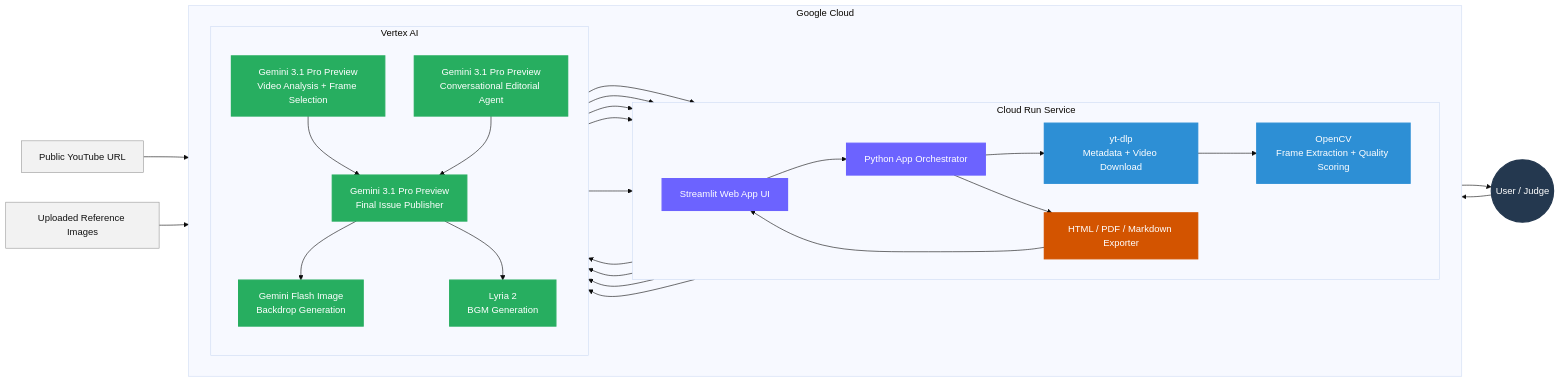
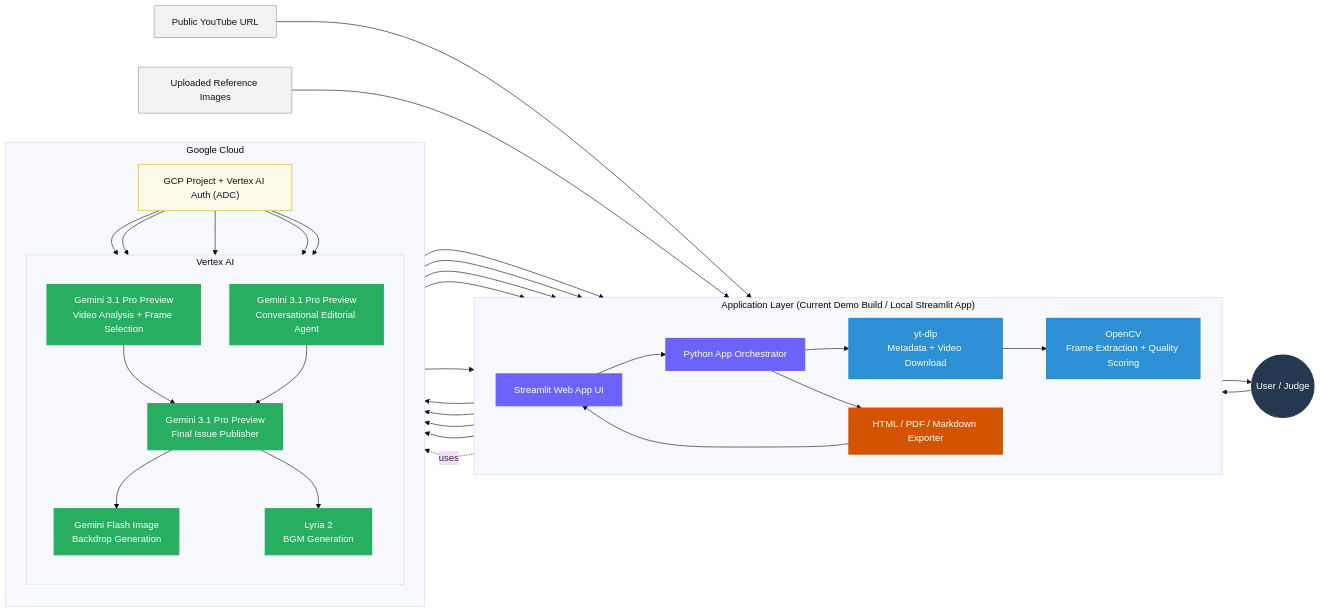
One commit to kim-chair/ai-visual-zine-editor changed the diagram in architecture_diagram_cleaner.md. Above: the diagram before and after it, drawn with Mermaid (base theme).

````diff
--- a/architecture_diagram_cleaner.md
+++ b/architecture_diagram_cleaner.md
@@ -1,62 +1,71 @@
 ```mermaid
 flowchart LR
   classDef user fill:#24384f,stroke:#24384f,stroke-width:2px,color:#fff;
   classDef frontend fill:#6c63ff,stroke:#6c63ff,stroke-width:2px,color:#fff;
   classDef processing fill:#2d8fd5,stroke:#2d8fd5,stroke-width:2px,color:#fff;
   classDef ai fill:#27ae60,stroke:#27ae60,stroke-width:2px,color:#fff;
   classDef output fill:#d35400,stroke:#d35400,stroke-width:2px,color:#fff;
   classDef ext fill:#f2f2f2,stroke:#999,stroke-width:1px,color:#111;
+  classDef note fill:#fffbea,stroke:#d4b106,stroke-width:1px,color:#111;
 
   U((User / Judge)):::user
   Y["Public YouTube URL"]:::ext
   X["Uploaded Reference Images"]:::ext
 
+  subgraph APP["Application Layer (Current Demo Build / Local Streamlit App)"]
+    direction LR
+    UI["Streamlit Web App UI"]:::frontend
+    ORCH["Python App Orchestrator"]:::frontend
+    DL["yt-dlp<br/>Metadata + Video Download"]:::processing
+    CV["OpenCV<br/>Frame Extraction + Quality Scoring"]:::processing
+    EXP["HTML / PDF / Markdown Exporter"]:::output
+  end
+
   subgraph GC["Google Cloud"]
-    direction LR
-
-    subgraph CR["Cloud Run Service"]
-      direction LR
-      UI["Streamlit Web App UI"]:::frontend
-      ORCH["Python App Orchestrator"]:::frontend
-      DL["yt-dlp<br/>Metadata + Video Download"]:::processing
-      CV["OpenCV<br/>Frame Extraction + Quality Scoring"]:::processing
-      EXP["HTML / PDF / Markdown Exporter"]:::output
-    end
+    direction TB
+    AUTH["GCP Project + Vertex AI Auth (ADC)"]:::note
 
     subgraph VA["Vertex AI"]
       direction TB
       G1["Gemini 3.1 Pro Preview<br/>Video Analysis + Frame Selection"]:::ai
       G2["Gemini 3.1 Pro Preview<br/>Conversational Editorial Agent"]:::ai
       G3["Gemini 3.1 Pro Preview<br/>Final Issue Publisher"]:::ai
       GI["Gemini Flash Image<br/>Backdrop Generation"]:::ai
       LY["Lyria 2<br/>BGM Generation"]:::ai
     end
   end
 
   U --> UI
   Y --> UI
   X --> UI
 
   UI --> ORCH
   ORCH --> DL
   DL --> CV
   DL --> G1
   CV --> G1
 
   ORCH --> G2
   ORCH --> G3
   G1 --> ORCH
   G2 --> ORCH
   G1 --> G3
   G2 --> G3
 
+  ORCH -. uses .-> AUTH
+  AUTH --> G1
+  AUTH --> G2
+  AUTH --> G3
+  AUTH --> GI
+  AUTH --> LY
+
   G3 --> GI
   G3 --> LY
   G3 --> EXP
   ORCH --> EXP
   GI --> EXP
   LY --> EXP
 
   EXP --> UI
   UI --> U
 ```
````
